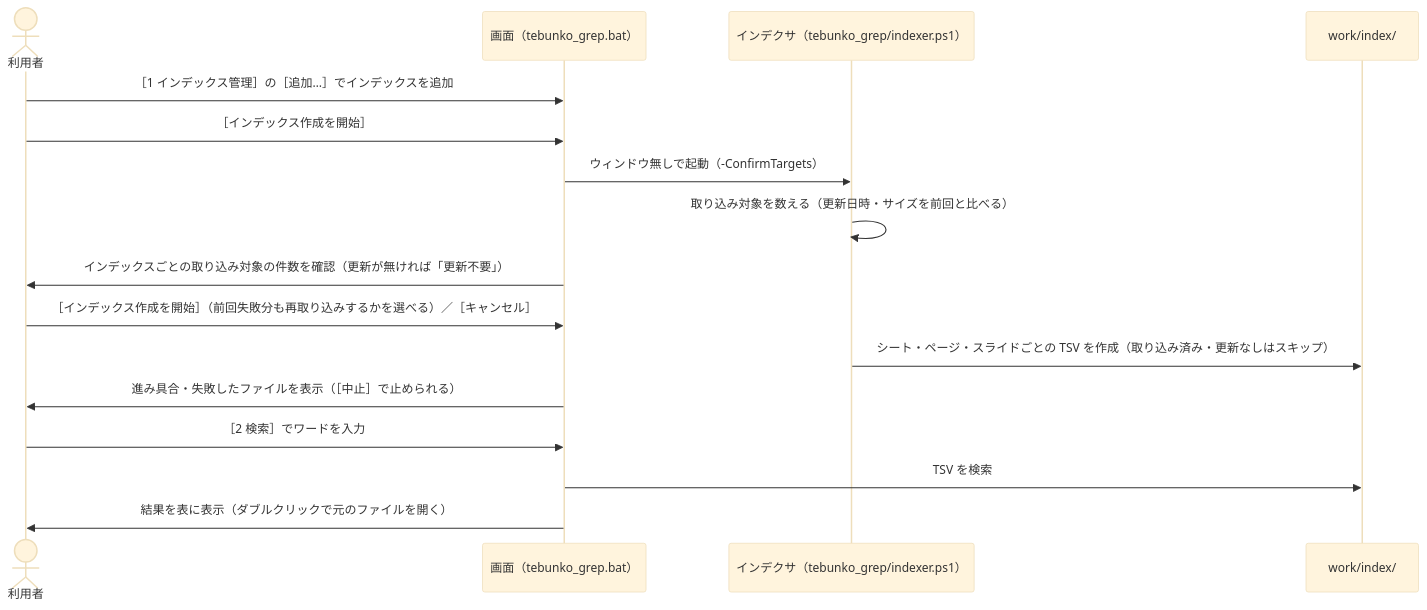
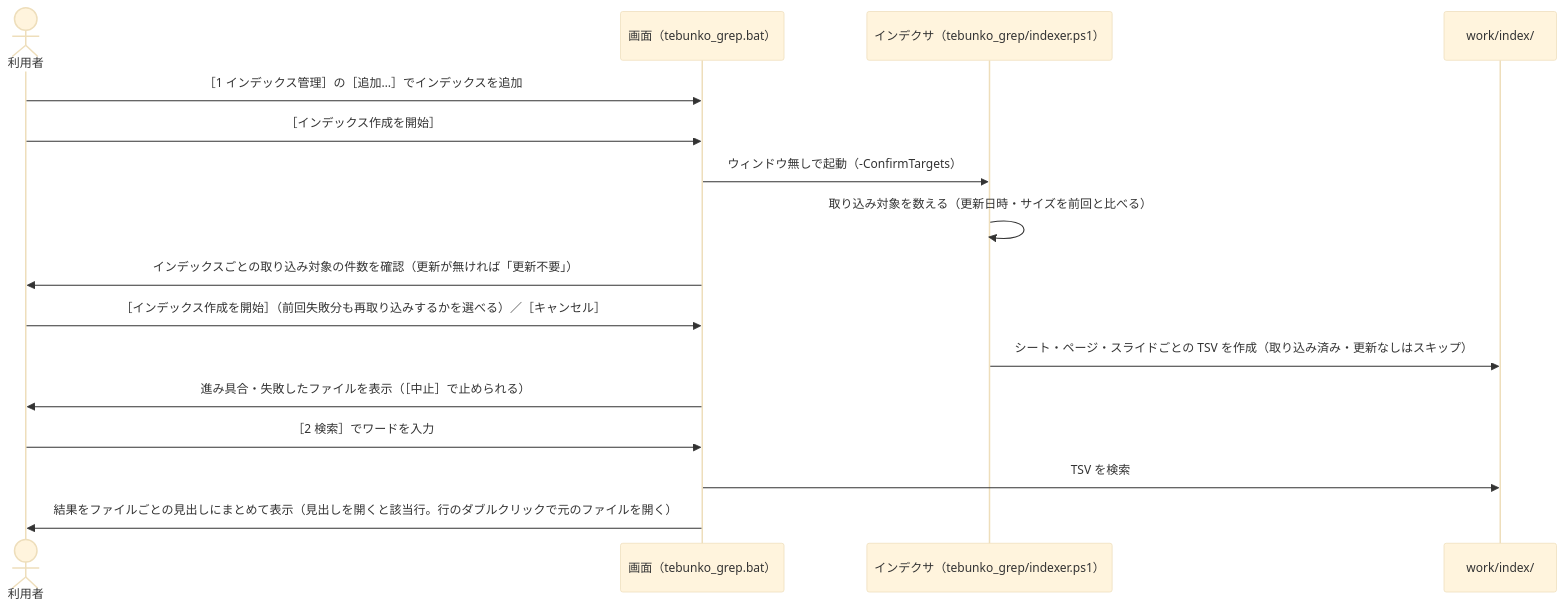
The second of 2 diagrams in docs/00_index.md (hsgwa/tebunko), drawn with Mermaid (base theme) before and after one commit. The commit also changed other lines of this file and 36 other files, not shown here.

````diff
--- a/docs/00_index.md
+++ b/docs/00_index.md
@@ -161,19 +159,19 @@
 ```mermaid
 sequenceDiagram
     actor U as 利用者
     participant G as 画面（tebunko_grep.bat）
     participant CV as インデクサ（tebunko_grep/indexer.ps1）
     participant W as work/index/
 
     U->>G: ［1 インデックス管理］の［追加…］でインデックスを追加
     U->>G: ［インデックス作成を開始］
     G->>CV: ウィンドウ無しで起動（-ConfirmTargets）
     CV->>CV: 取り込み対象を数える（更新日時・サイズを前回と比べる）
     G->>U: インデックスごとの取り込み対象の件数を確認（更新が無ければ「更新不要」）
     U->>G: ［インデックス作成を開始］（前回失敗分も再取り込みするかを選べる）／［キャンセル］
     CV->>W: シート・ページ・スライドごとの TSV を作成（取り込み済み・更新なしはスキップ）
     G->>U: 進み具合・失敗したファイルを表示（［中止］で止められる）
     U->>G: ［2 検索］でワードを入力
     G->>W: TSV を検索
-    G->>U: 結果を表に表示（ダブルクリックで元のファイルを開く）
+    G->>U: 結果をファイルごとの見出しにまとめて表示（見出しを開くと該当行。行のダブルクリックで元のファイルを開く）
 ```
````
